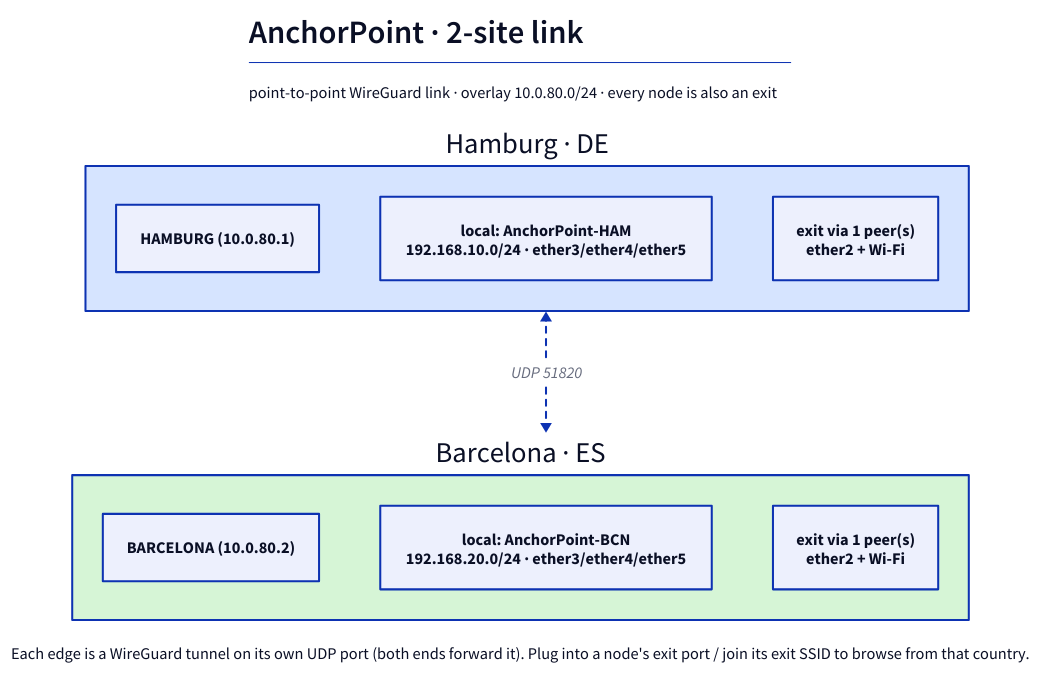
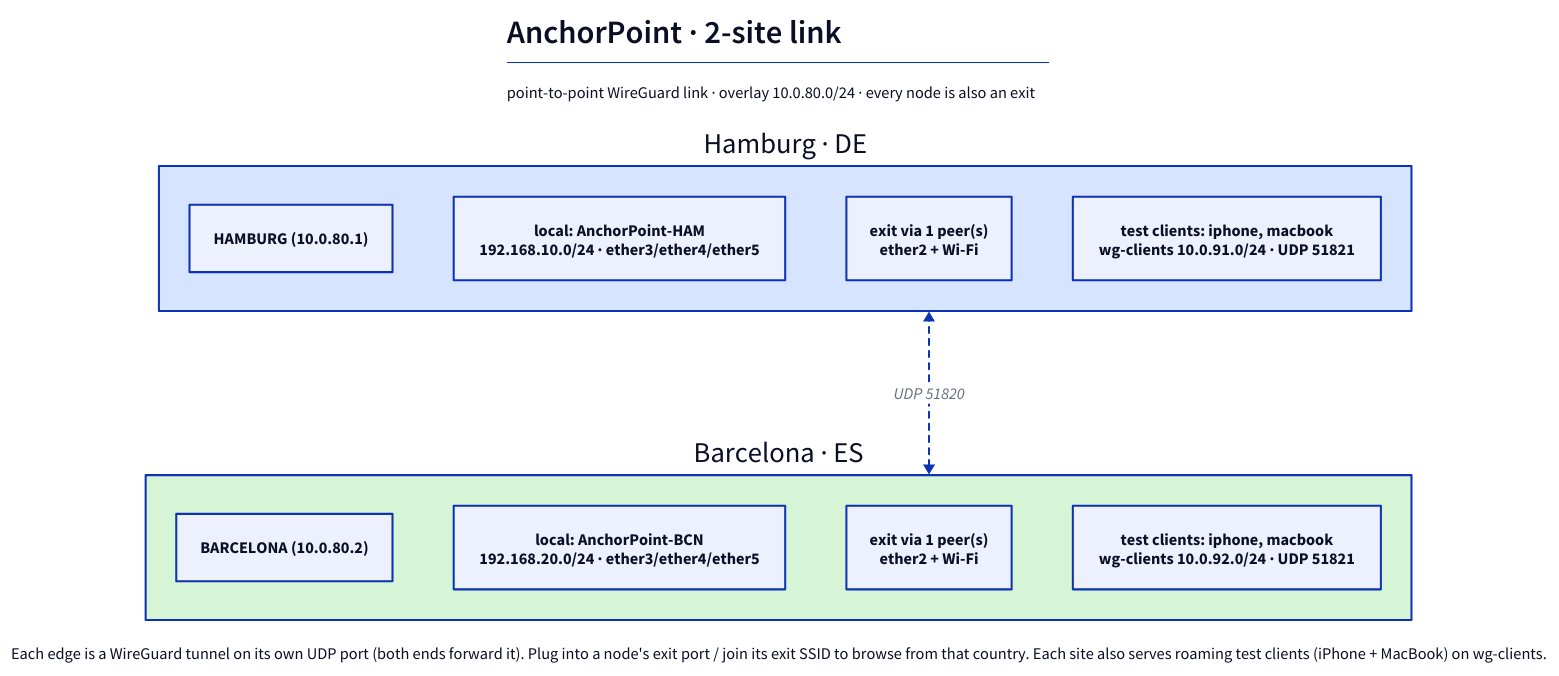
One commit to alex-xpertone/anchorpoint changed the diagram in examples/architecture.d2. Above: the diagram before and after it, drawn with D2. The commit also changed 17 other files, not shown here.

First line of the commit message:
feat(clients): per-site roaming WireGuard clients (iPhone + MacBook)

```diff
--- a/examples/architecture.d2
+++ b/examples/architecture.d2
@@ -1,27 +1,30 @@
 # AnchorPoint Mesh — anchorpoint   # Render: scripts/render-diagrams.sh deployments/mesh/architecture.d2
 
 title: |md
   # AnchorPoint · 2-site link
 point-to-point WireGuard link · overlay 10.0.80.0/24 · every node is also an exit
 | {near: top-center}
 
 hamburg: Hamburg · DE {
   style.fill: "#d6e4ff"
   id: "HAMBURG  (10.0.80.1)"
   local: "local: AnchorPoint-HAM\n192.168.10.0/24 · ether3/ether4/ether5"
   exits: "exit via 1 peer(s)\nether2 + Wi-Fi"
+  clients: "test clients: iphone, macbook\nwg-clients 10.0.91.0/24 · UDP 51821"
 }
 barcelona: Barcelona · ES {
   style.fill: "#d6f5d6"
   id: "BARCELONA  (10.0.80.2)"
   local: "local: AnchorPoint-BCN\n192.168.20.0/24 · ether3/ether4/ether5"
   exits: "exit via 1 peer(s)\nether2 + Wi-Fi"
+  clients: "test clients: iphone, macbook\nwg-clients 10.0.92.0/24 · UDP 51821"
 }
 
 # One WireGuard tunnel per unordered pair (dedupe: this.index < remote.index)
 hamburg <-> barcelona: "UDP 51820" {style.stroke-dash: 3}
 
 note: |md
   Each edge is a WireGuard tunnel on its own UDP port (both ends forward it).
   Plug into a node's exit port / join its exit SSID to browse from that country.
+  Each site also serves roaming test clients (iPhone + MacBook) on wg-clients.
 | {near: bottom-center}
```
